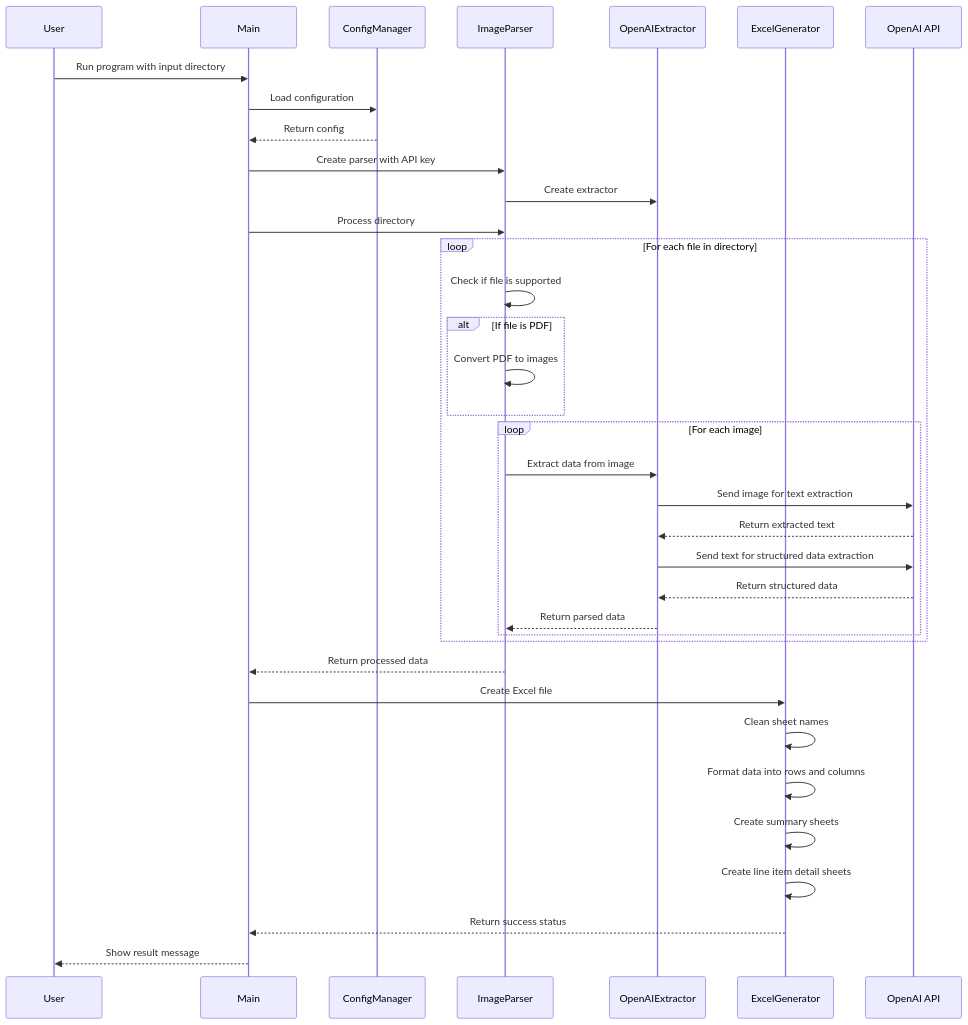
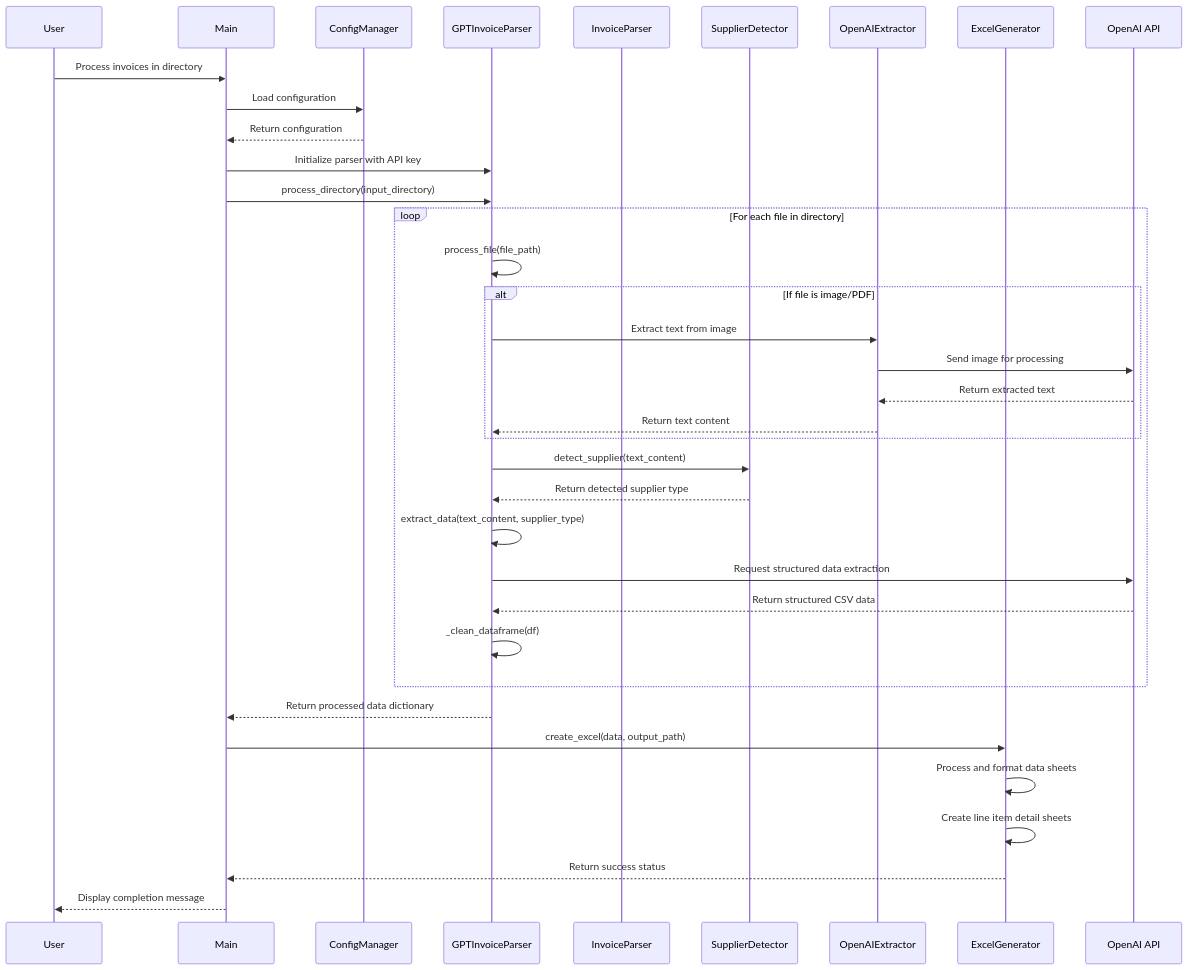
Before and after one commit to vallabhallm/image_to_excel: the second of 2 diagrams in README.md, drawn with Mermaid. The commit also changed other lines of this file and 27 other files, not shown here.

Commit message:
Update README with comprehensive diagrams and documentation; Add script for processing nested invoice directories; Improve test coverage to 89%; Fix parser interfaces with proper SOLID implementation

````diff
--- a/README.md
+++ b/README.md
@@ -116,47 +192,50 @@
 ```mermaid
 sequenceDiagram
     participant User
     participant Main
     participant ConfigManager
-    participant ImageParser
+    participant GPTInvoiceParser
+    participant InvoiceParser
+    participant SupplierDetector
     participant OpenAIExtractor
     participant ExcelGenerator
     participant OpenAI API
-
-    User->>Main: Run program with input directory
+    
+    User->>Main: Process invoices in directory
     Main->>ConfigManager: Load configuration
-    ConfigManager-->>Main: Return config
+    ConfigManager-->>Main: Return configuration
     
-    Main->>ImageParser: Create parser with API key
-    ImageParser->>OpenAIExtractor: Create extractor
+    Main->>GPTInvoiceParser: Initialize parser with API key
     
-    Main->>ImageParser: Process directory
+    Main->>GPTInvoiceParser: process_directory(input_directory)
     
     loop For each file in directory
-        ImageParser->>ImageParser: Check if file is supported
+        GPTInvoiceParser->>GPTInvoiceParser: process_file(file_path)
         
-        alt If file is PDF
-            ImageParser->>ImageParser: Convert PDF to images
+        alt If file is image/PDF
+            GPTInvoiceParser->>OpenAIExtractor: Extract text from image
+            OpenAIExtractor->>OpenAI API: Send image for processing
+            OpenAI API-->>OpenAIExtractor: Return extracted text
+            OpenAIExtractor-->>GPTInvoiceParser: Return text content
         end
         
-        loop For each image
-            ImageParser->>OpenAIExtractor: Extract data from image
-            OpenAIExtractor->>OpenAI API: Send image for text extraction
-            OpenAI API-->>OpenAIExtractor: Return extracted text
-            
-            OpenAIExtractor->>OpenAI API: Send text for structured data extraction
-            OpenAI API-->>OpenAIExtractor: Return structured data
-            
-            OpenAIExtractor-->>ImageParser: Return parsed data
-        end
+        GPTInvoiceParser->>SupplierDetector: detect_supplier(text_content)
+        SupplierDetector-->>GPTInvoiceParser: Return detected supplier type
+        
+        GPTInvoiceParser->>GPTInvoiceParser: extract_data(text_content, supplier_type)
+        
+        GPTInvoiceParser->>OpenAI API: Request structured data extraction
+        OpenAI API-->>GPTInvoiceParser: Return structured CSV data
+        
+        GPTInvoiceParser->>GPTInvoiceParser: _clean_dataframe(df)
     end
-    ImageParser-->>Main: Return processed data
-
-    Main->>ExcelGenerator: Create Excel file
-    ExcelGenerator->>ExcelGenerator: Clean sheet names
-    ExcelGenerator->>ExcelGenerator: Format data into rows and columns
-    ExcelGenerator->>ExcelGenerator: Create summary sheets
+    
+    GPTInvoiceParser-->>Main: Return processed data dictionary
+    
+    Main->>ExcelGenerator: create_excel(data, output_path)
+    ExcelGenerator->>ExcelGenerator: Process and format data sheets
     ExcelGenerator->>ExcelGenerator: Create line item detail sheets
     ExcelGenerator-->>Main: Return success status
-    Main-->>User: Show result message
+    
+    Main-->>User: Display completion message
 ```
````
